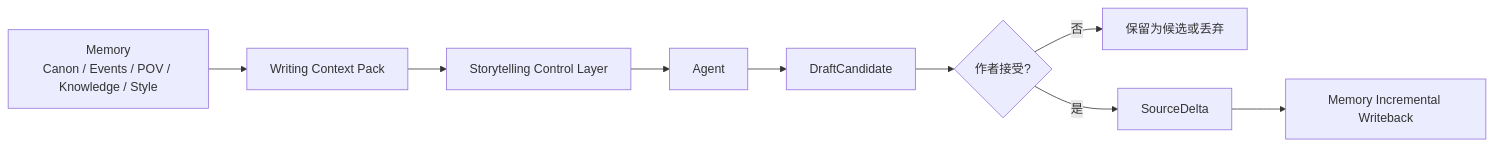
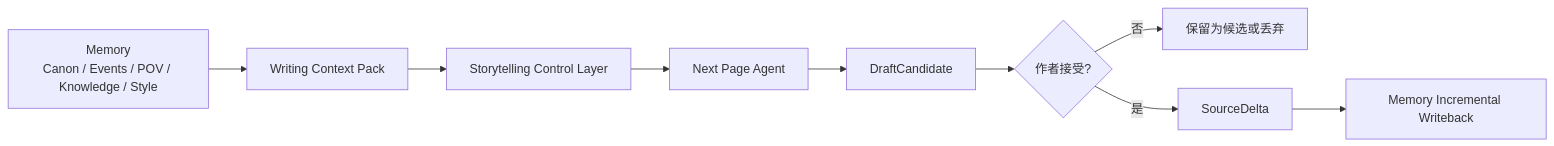
Before and after one commit to FrankQDWang/sextantlabs: the second of 2 diagrams in AGENT_GOAL.md, drawn with Mermaid. The commit also changed other lines of this file, not shown here.

Commit message:
Clarify storytelling control ownership in agent goal

````diff
--- a/AGENT_GOAL.md
+++ b/AGENT_GOAL.md
@@ -106,11 +109,11 @@
 ```mermaid
 flowchart LR
     A[Memory\nCanon / Events / POV / Knowledge / Style] --> B[Writing Context Pack]
     B --> C[Storytelling Control Layer]
-    C --> D[Agent]
+    C --> D[Next Page Agent]
     D --> E[DraftCandidate]
     E --> F{作者接受?}
     F -->|否| G[保留为候选或丢弃]
     F -->|是| H[SourceDelta]
     H --> I[Memory Incremental Writeback]
 ```
````
